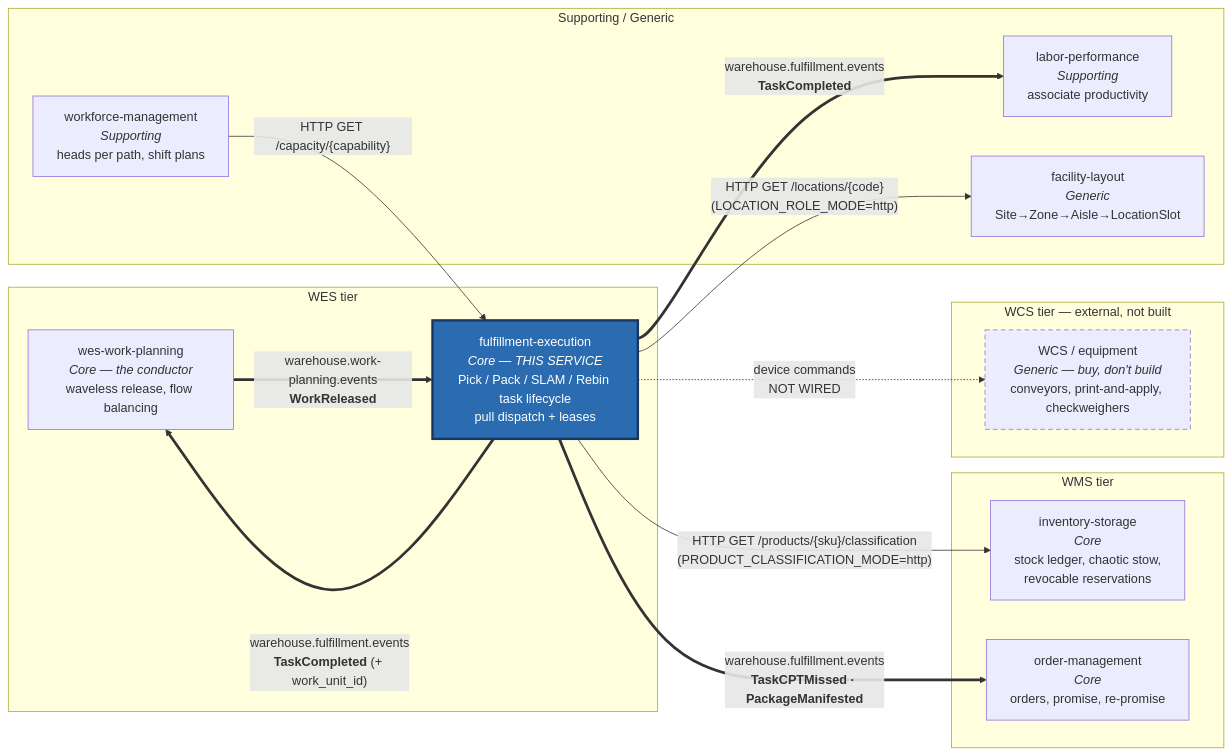
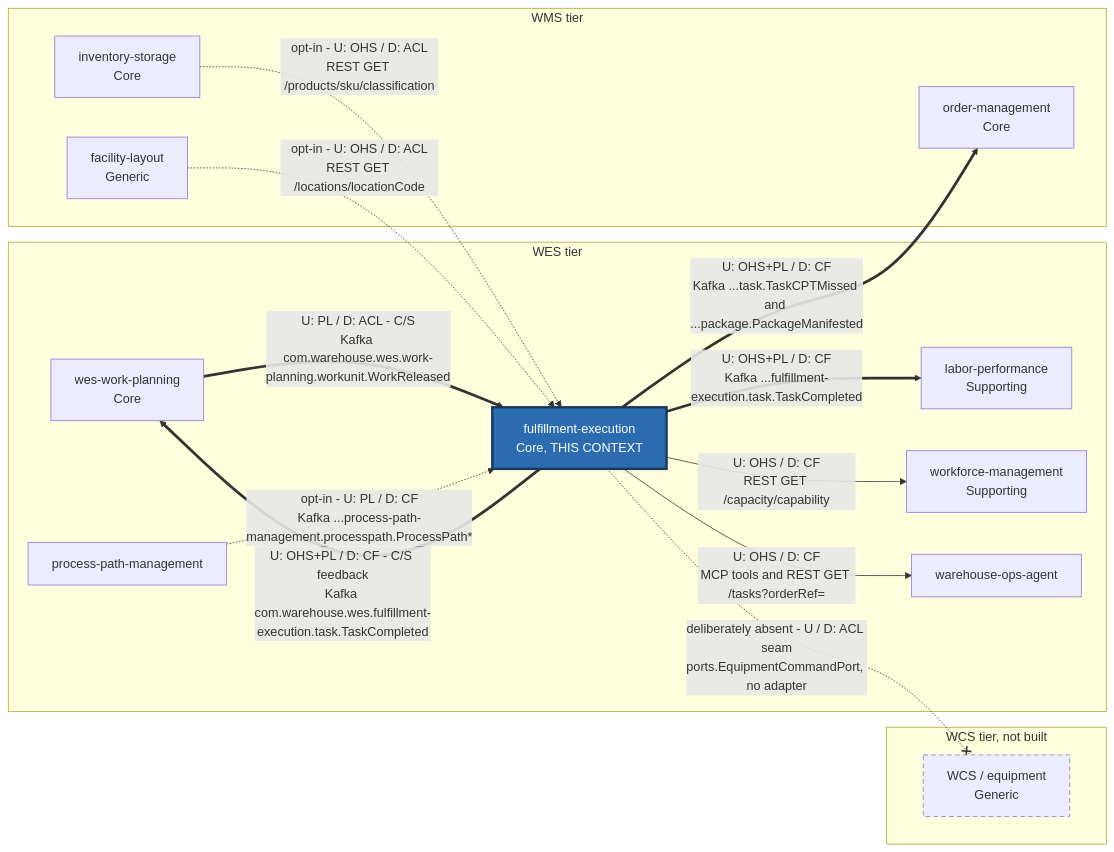
One commit to IQVO/fulfillment-execution changed the first of 2 diagrams in docs/docs/ecosystem/context-map.md. Above: the diagram before and after it, drawn with Mermaid. The commit also changed other lines of this file and 29 other files, not shown here.

First line of the commit message:
docs: refresh product docs and add ddd-crew DDD artifact pack (#153)

````diff
--- a/docs/docs/ecosystem/context-map.md
+++ b/docs/docs/ecosystem/context-map.md
@@ -19,36 +39,35 @@
 ```mermaid
 flowchart LR
+    subgraph WES["WES tier"]
+        WP["wes-work-planning<br/>Core"]
+        FE["fulfillment-execution<br/>Core, THIS CONTEXT"]
+        PPM["process-path-management"]
+        LP["labor-performance<br/>Supporting"]
+        WFM["workforce-management<br/>Supporting"]
+        OA["warehouse-ops-agent"]
+    end
     subgraph WMS["WMS tier"]
-        IS["inventory-storage<br/><i>Core</i><br/>stock ledger, chaotic stow,<br/>revocable reservations"]
-        OM["order-management<br/><i>Core</i><br/>orders, promise, re-promise"]
+        OM["order-management<br/>Core"]
+        IS["inventory-storage<br/>Core"]
+        FL["facility-layout<br/>Generic"]
+    end
+    subgraph WCSTIER["WCS tier, not built"]
+        WCS["WCS / equipment<br/>Generic"]
     end
 
-    subgraph WESTIER["WES tier"]
-        WP["wes-work-planning<br/><i>Core — the conductor</i><br/>waveless release, flow balancing"]
-        FE["fulfillment-execution<br/><i>Core — THIS SERVICE</i><br/>Pick / Pack / SLAM / Rebin task lifecycle<br/>pull dispatch + leases"]
-    end
-
-    subgraph SUPPORT["Supporting / Generic"]
-        WFM["workforce-management<br/><i>Supporting</i><br/>heads per path, shift plans"]
-        LP["labor-performance<br/><i>Supporting</i><br/>associate productivity"]
-        FL["facility-layout<br/><i>Generic</i><br/>Site→Zone→Aisle→LocationSlot"]
-    end
-
-    subgraph WCSTIER["WCS tier — external, not built"]
-        WCS["WCS / equipment<br/><i>Generic — buy, don't build</i><br/>conveyors, print-and-apply, checkweighers"]
-    end
-
-    WP ==>|"warehouse.work-planning.events<br/><b>WorkReleased</b>"| FE
-    FE ==>|"warehouse.fulfillment.events<br/><b>TaskCompleted</b> (+ work_unit_id)"| WP
-    FE ==>|"warehouse.fulfillment.events<br/><b>TaskCompleted</b>"| LP
-    FE ==>|"warehouse.fulfillment.events<br/><b>TaskCPTMissed · PackageManifested</b>"| OM
-    WFM -->|"HTTP GET /capacity/{capability}"| FE
-    FE -->|"HTTP GET /products/{sku}/classification<br/>(PRODUCT_CLASSIFICATION_MODE=http)"| IS
-    FE -->|"HTTP GET /locations/{code}<br/>(LOCATION_ROLE_MODE=http)"| FL
-    FE -.->|"device commands<br/>NOT WIRED"| WCS
+    WP ==>|"U: PL / D: ACL - C/S<br/>Kafka com.warehouse.wes.work-planning.workunit.WorkReleased"| FE
+    FE ==>|"U: OHS+PL / D: CF - C/S feedback<br/>Kafka com.warehouse.wes.fulfillment-execution.task.TaskCompleted"| WP
+    FE ==>|"U: OHS+PL / D: CF<br/>Kafka ...fulfillment-execution.task.TaskCompleted"| LP
+    FE ==>|"U: OHS+PL / D: CF<br/>Kafka ...task.TaskCPTMissed and ...package.PackageManifested"| OM
+    FE -->|"U: OHS / D: CF<br/>REST GET /capacity/capability"| WFM
+    FE -->|"U: OHS / D: CF<br/>MCP tools and REST GET /tasks?orderRef="| OA
+    PPM -.->|"opt-in - U: PL / D: CF<br/>Kafka ...process-path-management.processpath.ProcessPath*"| FE
+    IS -.->|"opt-in - U: OHS / D: ACL<br/>REST GET /products/sku/classification"| FE
+    FL -.->|"opt-in - U: OHS / D: ACL<br/>REST GET /locations/locationCode"| FE
+    FE -.-x|"deliberately absent - U / D: ACL seam<br/>ports.EquipmentCommandPort, no adapter"| WCS
 
     classDef this fill:#2b6cb0,stroke:#1a365d,stroke-width:3px,color:#fff
-    classDef notwired stroke-dasharray: 6 4
+    classDef absent stroke-dasharray: 6 4
     class FE this
-    class WCS notwired
+    class WCS absent
 ```
````
